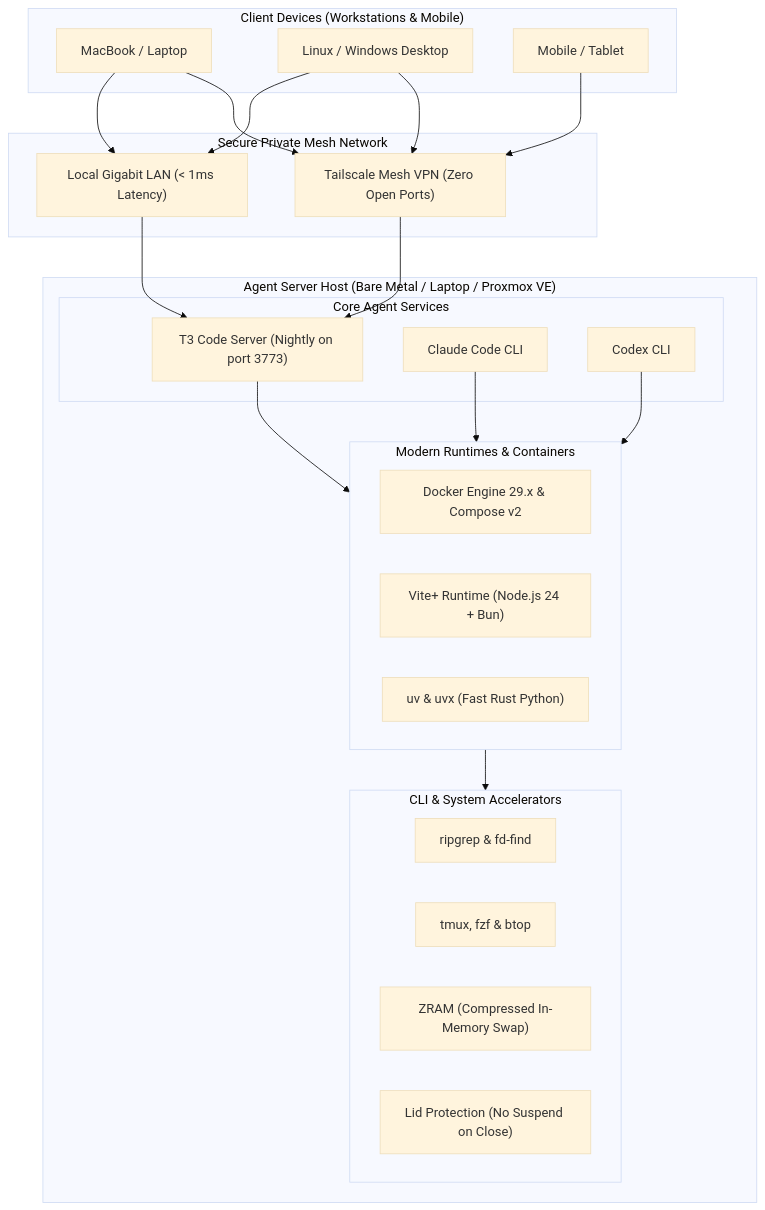
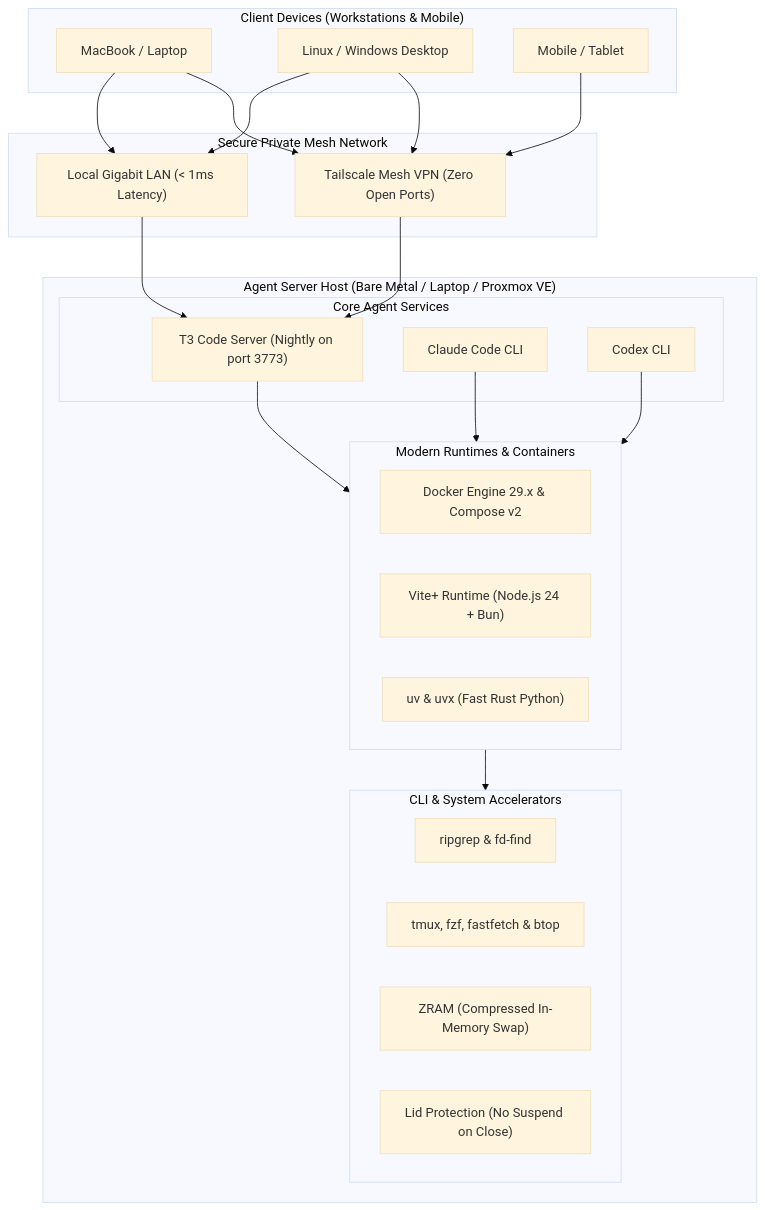
The first of 2 diagrams in README.md (kshanxs/agent-server-setup), drawn with Mermaid (base theme) before and after one commit. The commit also changed other lines of this file and 2 other files, not shown here.

Commit message:
feat: add fastfetch and neofetch to docs, stack, and tuner script

````diff
--- a/README.md
+++ b/README.md
@@ -19,49 +19,49 @@
 ```mermaid
 flowchart TD
     subgraph Clients["Client Devices (Workstations & Mobile)"]
         MAC["MacBook / Laptop"]
         DESK["Linux / Windows Desktop"]
         PHONE["Mobile / Tablet"]
     end
 
     subgraph Network["Secure Private Mesh Network"]
         TS["Tailscale Mesh VPN (Zero Open Ports)"]
         LAN["Local Gigabit LAN (< 1ms Latency)"]
     end
 
     subgraph Host["Agent Server Host (Bare Metal / Laptop / Proxmox VE)"]
         subgraph Services["Core Agent Services"]
             T3["T3 Code Server (Nightly on port 3773)"]
             CLAUDE["Claude Code CLI"]
             CODEX["Codex CLI"]
         end
 
         subgraph Runtimes["Modern Runtimes & Containers"]
             DOCKER["Docker Engine 29.x & Compose v2"]
             VITE["Vite+ Runtime (Node.js 24 + Bun)"]
             UV["uv & uvx (Fast Rust Python)"]
         end
 
         subgraph Accelerators["CLI & System Accelerators"]
             SEARCH["ripgrep & fd-find"]
-            TERM["tmux, fzf & btop"]
+            TERM["tmux, fzf, fastfetch & btop"]
             ZRAM["ZRAM (Compressed In-Memory Swap)"]
             LID["Lid Protection (No Suspend on Close)"]
         end
     end
 
     MAC --> TS
     DESK --> TS
     PHONE --> TS
     MAC --> LAN
     DESK --> LAN
 
     TS --> T3
     LAN --> T3
 
     T3 --> Runtimes
     CLAUDE --> Runtimes
     CODEX --> Runtimes
 
     Runtimes --> Accelerators
 ```
````
